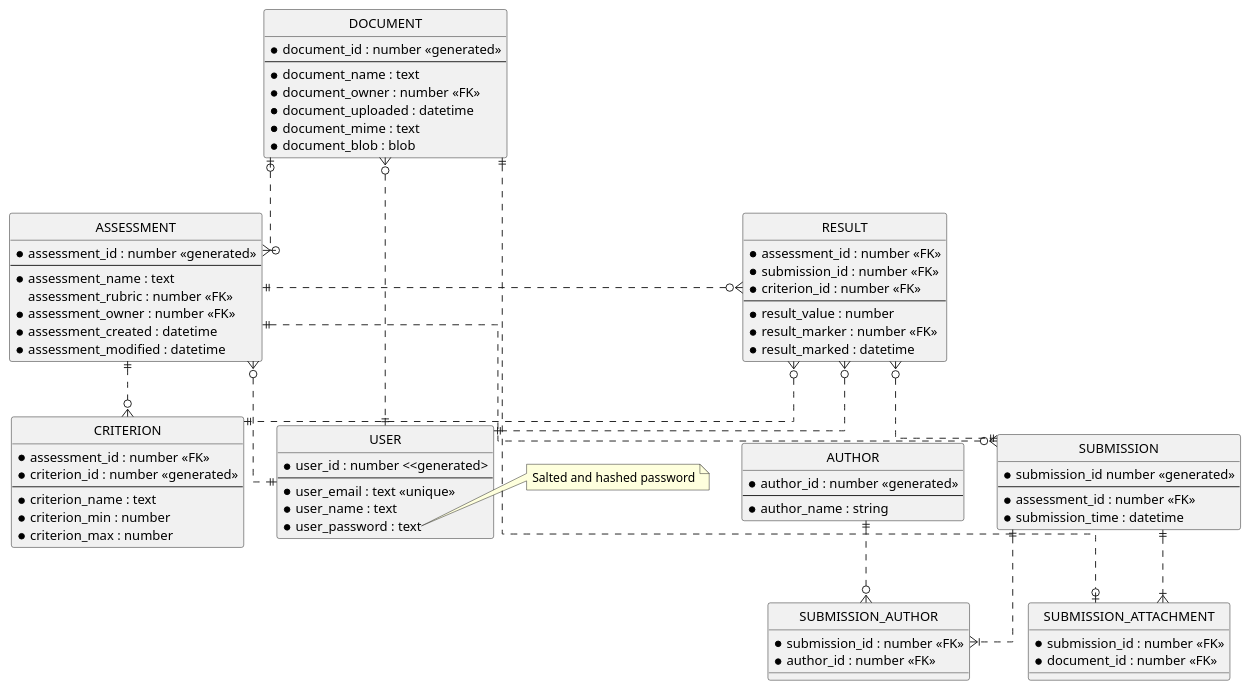
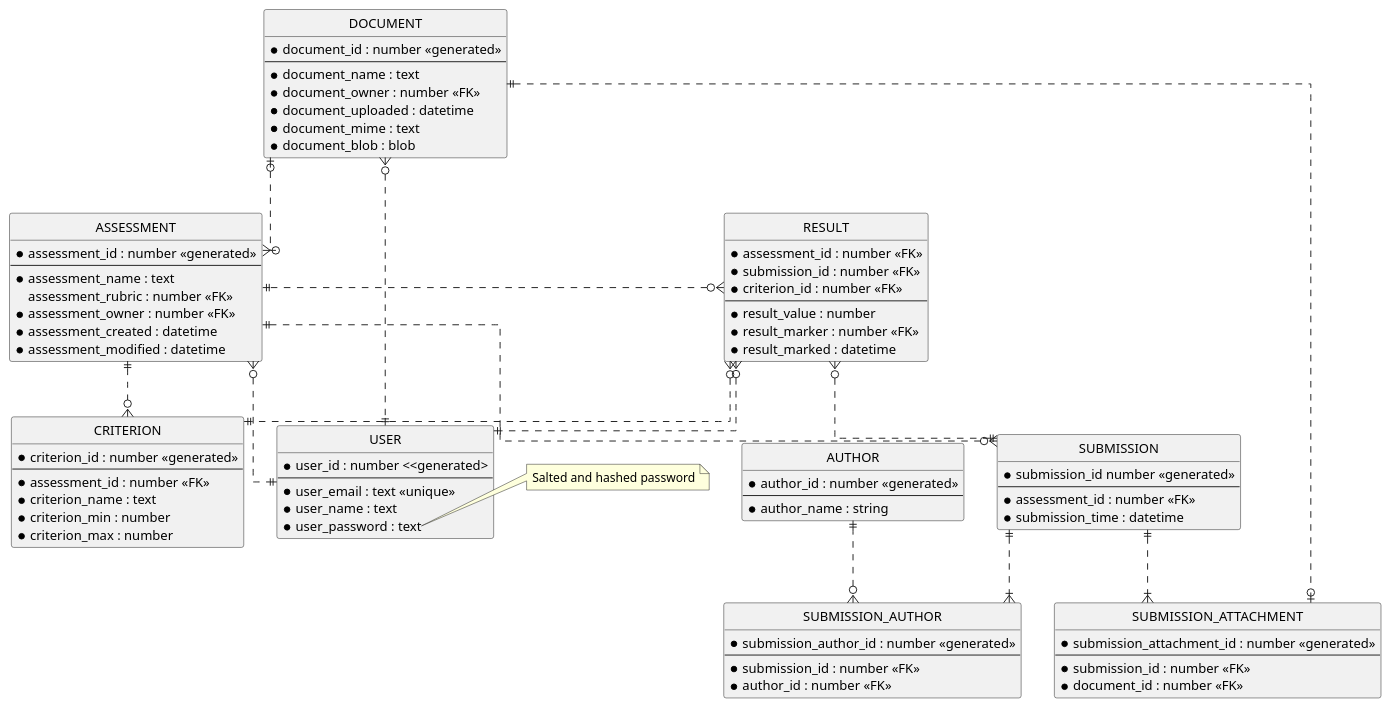
The diagram in docs/erd.puml (Darren-cy/monash_final_proj_2024), drawn with PlantUML before and after one commit.

Commit message:
Updated all entities to have single-field primary keys

```diff
--- a/docs/erd.puml
+++ b/docs/erd.puml
@@ -1,104 +1,108 @@
 @startuml
   ' hide the spot
   hide circle
   ' avoid problems with angled crows feet
   skinparam linetype ortho
 
   entity USER {
     * user_id : number <<generated>
     ---
     * user_email : text <<unique>>
     * user_name : text
     * user_password : text
   }
   note right of USER::user_password
     Salted and hashed password
   end note
 
 
   entity DOCUMENT {
     * document_id : number <<generated>>
     ---
     * document_name : text
     * document_owner : number <<FK>>
     * document_uploaded : datetime
     * document_mime : text
     * document_blob : blob
   }
   DOCUMENT }o..|| USER
 
 
   together {
     entity ASSESSMENT {
       * assessment_id : number <<generated>>
       ---
       * assessment_name : text
       assessment_rubric : number <<FK>>
       * assessment_owner : number <<FK>>
       * assessment_created : datetime
       * assessment_modified : datetime
     }
     DOCUMENT |o..o{ ASSESSMENT
     ASSESSMENT }o..|| USER
 
 
     entity CRITERION {
-      * assessment_id : number <<FK>>
       * criterion_id : number <<generated>>
       ---
+      * assessment_id : number <<FK>>
       * criterion_name : text
       * criterion_min : number
       * criterion_max : number
     }
     ASSESSMENT ||..o{ CRITERION
   }
 
 
   together {
     entity AUTHOR {
       * author_id : number <<generated>>
       ---
       * author_name : string
     }
   
   
     entity SUBMISSION {
       * submission_id number <<generated>>
       ---
       * assessment_id : number <<FK>>
       * submission_time : datetime
     }
     ASSESSMENT ||..o{ SUBMISSION
 
 
     entity SUBMISSION_AUTHOR {
+      * submission_author_id : number <<generated>>
+      ---
       * submission_id : number <<FK>>
       * author_id : number <<FK>>
     }
     SUBMISSION ||..|{ SUBMISSION_AUTHOR
     AUTHOR ||..o{ SUBMISSION_AUTHOR
 
 
     entity SUBMISSION_ATTACHMENT {
+      * submission_attachment_id : number <<generated>>
+      ---
       * submission_id : number <<FK>>
       * document_id : number <<FK>>
     }
     SUBMISSION ||..|{ SUBMISSION_ATTACHMENT
     DOCUMENT ||..o| SUBMISSION_ATTACHMENT
 
 
     entity RESULT {
       * assessment_id : number <<FK>>
       * submission_id : number <<FK>>
       * criterion_id : number <<FK>>
       ---
       * result_value : number
       * result_marker : number <<FK>>
       * result_marked : datetime
     }
     RESULT }o..|| ASSESSMENT
     RESULT }o..|| CRITERION
     RESULT }o..|| SUBMISSION
     RESULT }o..|| USER
   }
 @enduml
```
